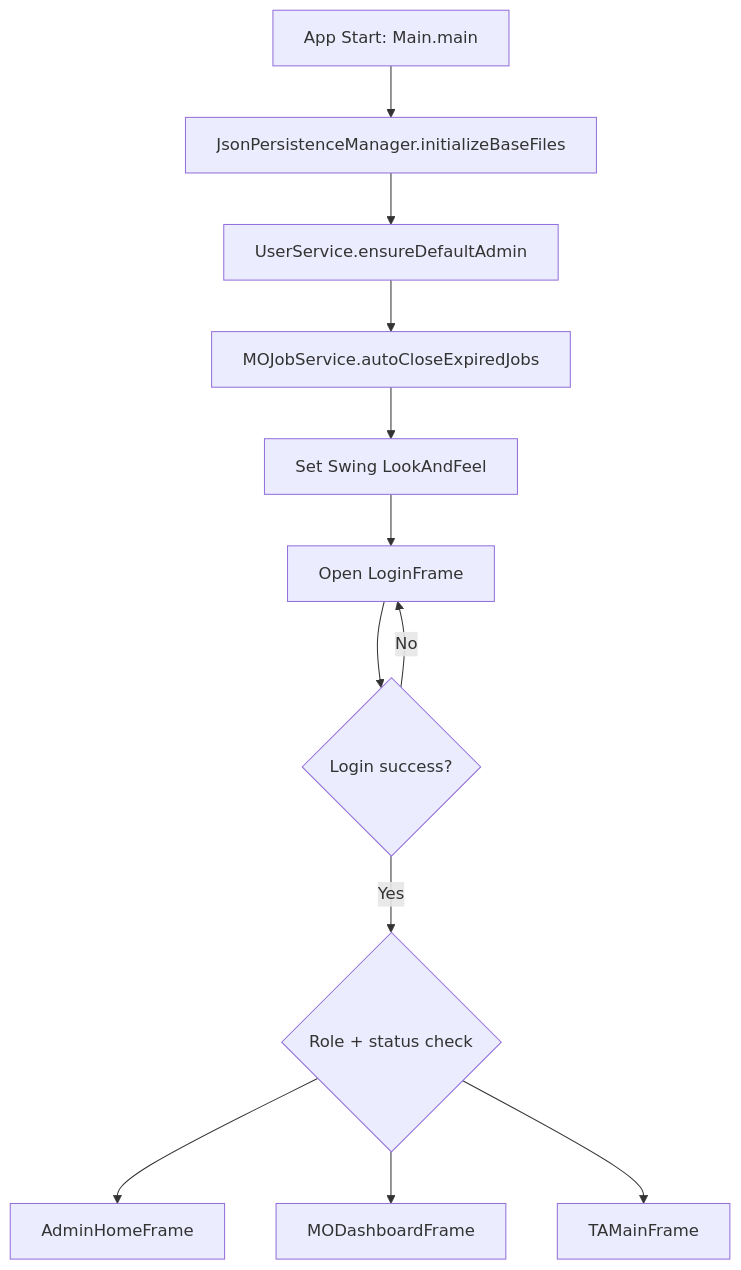
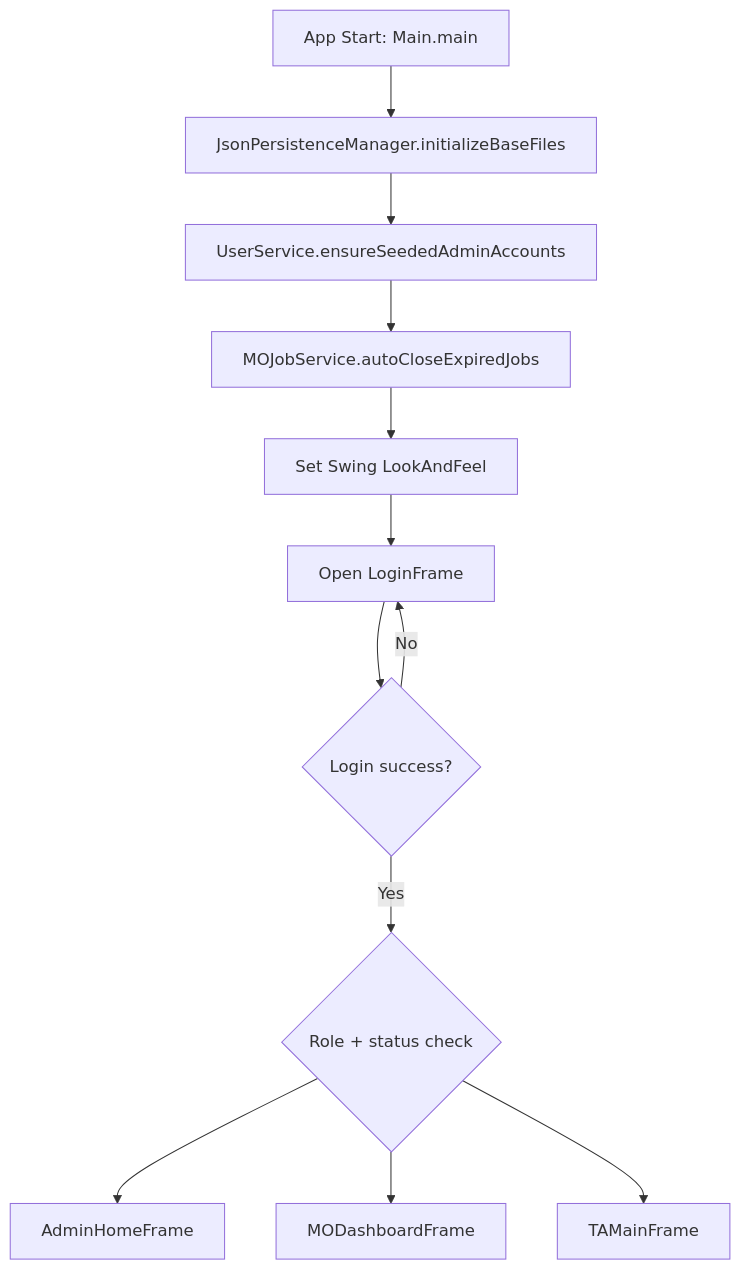
Before and after one commit to Jane-qm/EBU6304-Group85-TA-Recruitment: the second of 8 diagrams in docs/Project-Architecture-and-RunLogic.md, drawn with Mermaid. The commit also changed other lines of this file and 3 other files, not shown here.

Commit message:
docs(admin): align final dual seeded admin policy

````diff
--- a/docs/Project-Architecture-and-RunLogic.md
+++ b/docs/Project-Architecture-and-RunLogic.md
@@ -55,14 +55,14 @@
 ```mermaid
 flowchart TD
     A[App Start: Main.main] --> B[JsonPersistenceManager.initializeBaseFiles]
-    B --> C[UserService.ensureDefaultAdmin]
+    B --> C[UserService.ensureSeededAdminAccounts]
     C --> D[MOJobService.autoCloseExpiredJobs]
     D --> E[Set Swing LookAndFeel]
     E --> F[Open LoginFrame]
     F --> G{Login success?}
     G -- No --> F
     G -- Yes --> H{Role + status check}
     H --> I[AdminHomeFrame]
     H --> J[MODashboardFrame]
     H --> K[TAMainFrame]
 ```
````
